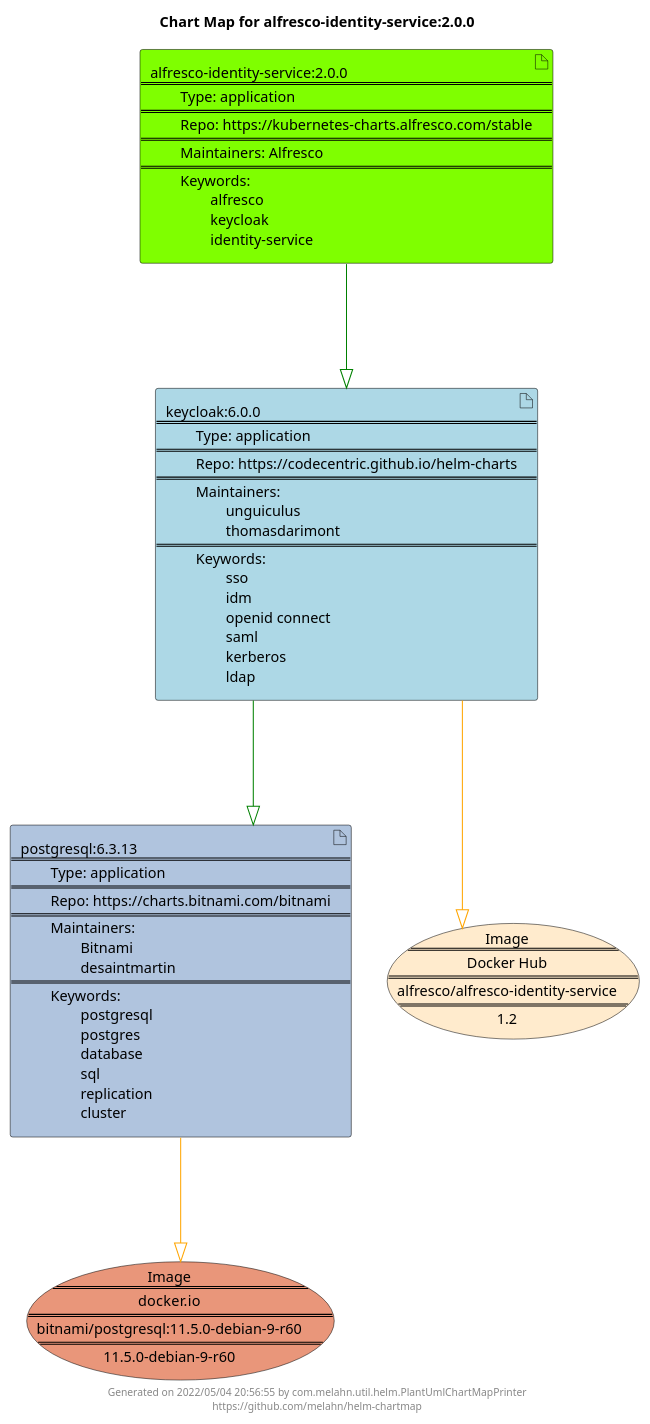
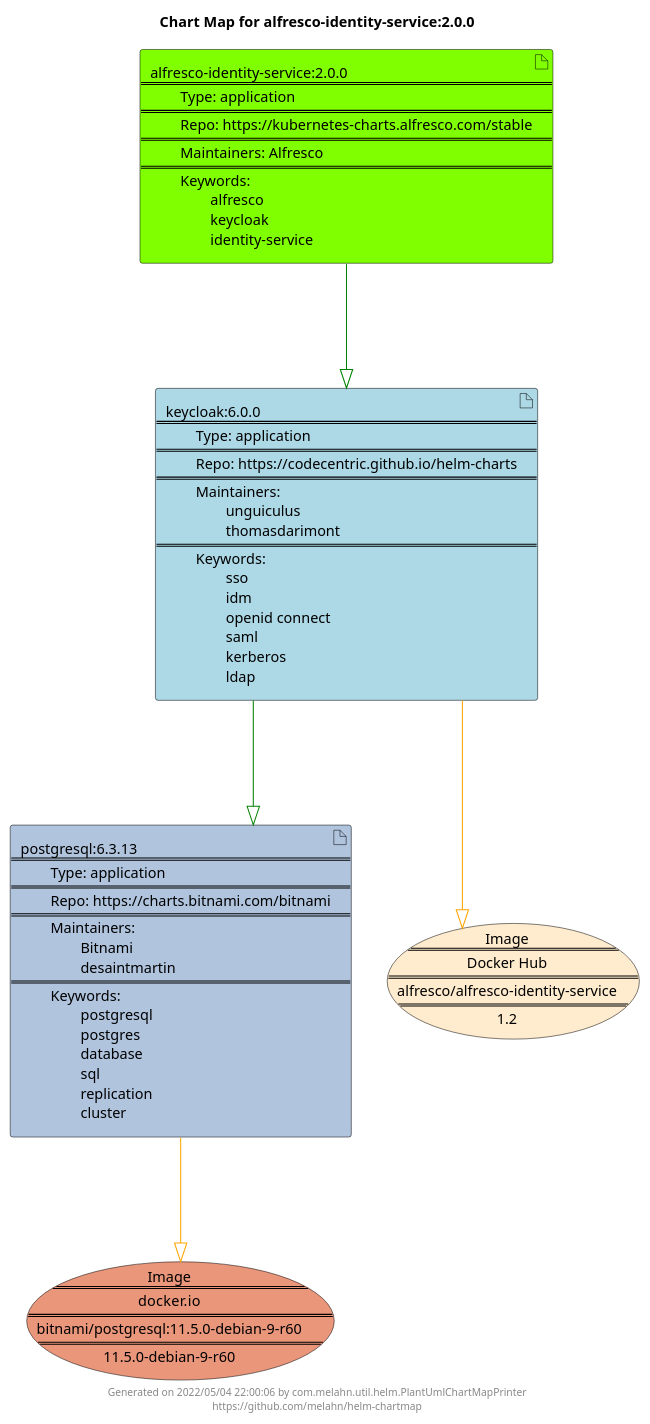
Before and after one commit to melahn/helm-chartmap: the diagram in docs/alfresco-identity-service/alfresco-identity-service-2.0.0.puml, drawn with PlantUML. The commit also changed 63 other files, not shown here.

Commit message:
Update Example Chart Maps as part of GitHub build

```diff
--- a/docs/alfresco-identity-service/alfresco-identity-service-2.0.0.puml
+++ b/docs/alfresco-identity-service/alfresco-identity-service-2.0.0.puml
@@ -1,27 +1,27 @@
 @startuml
 skinparam linetype ortho
 skinparam backgroundColor white
 skinparam usecaseBorderColor black
 skinparam usecaseArrowColor LightSlateGray
 skinparam artifactBorderColor black
 skinparam artifactArrowColor LightSlateGray
 
 title Chart Map for alfresco-identity-service:2.0.0
 
 'There are 3 referenced Helm Charts
 artifact "postgresql:6.3.13\n====\n\tType: application\n====\n\tRepo: https://charts.bitnami.com/bitnami\n====\n\tMaintainers: \n\t\tBitnami\n\t\tdesaintmartin\n====\n\tKeywords: \n\t\tpostgresql\n\t\tpostgres\n\t\tdatabase\n\t\tsql\n\t\treplication\n\t\tcluster" as postgresql_6_3_13 #LightSteelBlue
 artifact "keycloak:6.0.0\n====\n\tType: application\n====\n\tRepo: https://codecentric.github.io/helm-charts\n====\n\tMaintainers: \n\t\tunguiculus\n\t\tthomasdarimont\n====\n\tKeywords: \n\t\tsso\n\t\tidm\n\t\topenid connect\n\t\tsaml\n\t\tkerberos\n\t\tldap" as keycloak_6_0_0 #LightBlue
 artifact "alfresco-identity-service:2.0.0\n====\n\tType: application\n====\n\tRepo: https://kubernetes-charts.alfresco.com/stable\n====\n\tMaintainers: Alfresco\n====\n\tKeywords: \n\t\talfresco\n\t\tkeycloak\n\t\tidentity-service" as alfresco_identity_service_2_0_0 #Chartreuse
 
 'There are 2 referenced Docker Images
 usecase "Image\n====\ndocker.io\n====\nbitnami/postgresql:11.5.0-debian-9-r60\n====\n11.5.0-debian-9-r60" as docker_io_bitnami_postgresql_11_5_0_debian_9_r60 #DarkSalmon
 usecase "Image\n====\nDocker Hub\n====\nalfresco/alfresco-identity-service\n====\n1.2" as alfresco_alfresco_identity_service_1_2 #BlanchedAlmond
 
 'Chart Dependencies
 alfresco_identity_service_2_0_0--[#green]-|>keycloak_6_0_0
 keycloak_6_0_0--[#green]-|>postgresql_6_3_13
 postgresql_6_3_13--[#orange]-|>docker_io_bitnami_postgresql_11_5_0_debian_9_r60
 keycloak_6_0_0--[#orange]-|>alfresco_alfresco_identity_service_1_2
 
-center footer Generated on 2022/05/04 20:56:55 by com.melahn.util.helm.PlantUmlChartMapPrinter\nhttps://github.com/melahn/helm-chartmap
+center footer Generated on 2022/05/04 22:00:06 by com.melahn.util.helm.PlantUmlChartMapPrinter\nhttps://github.com/melahn/helm-chartmap
 @enduml
```
